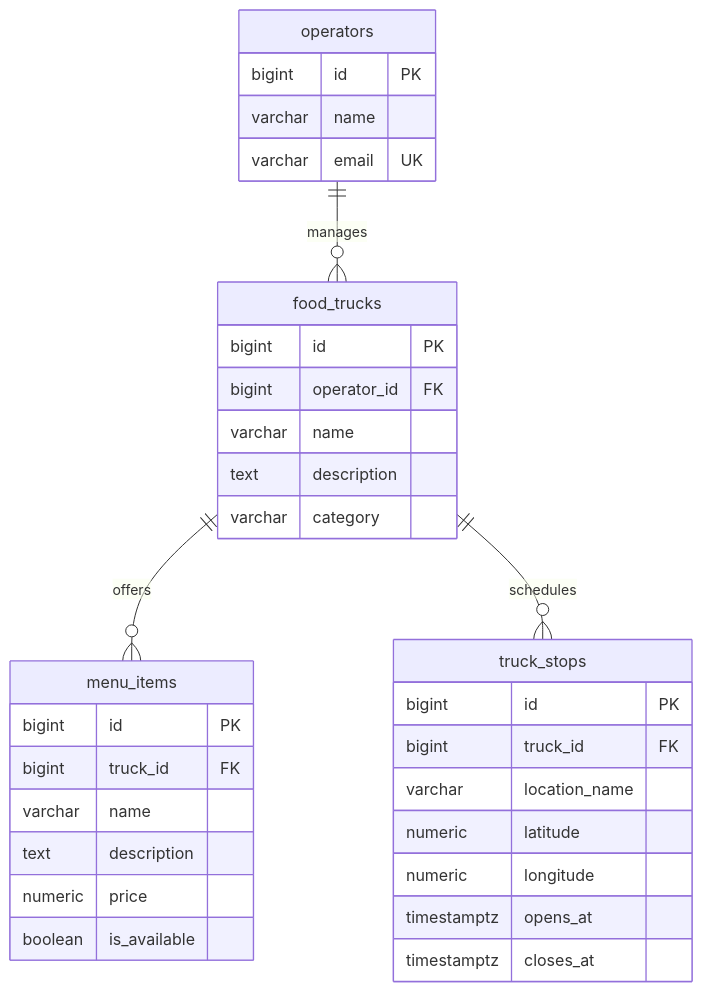
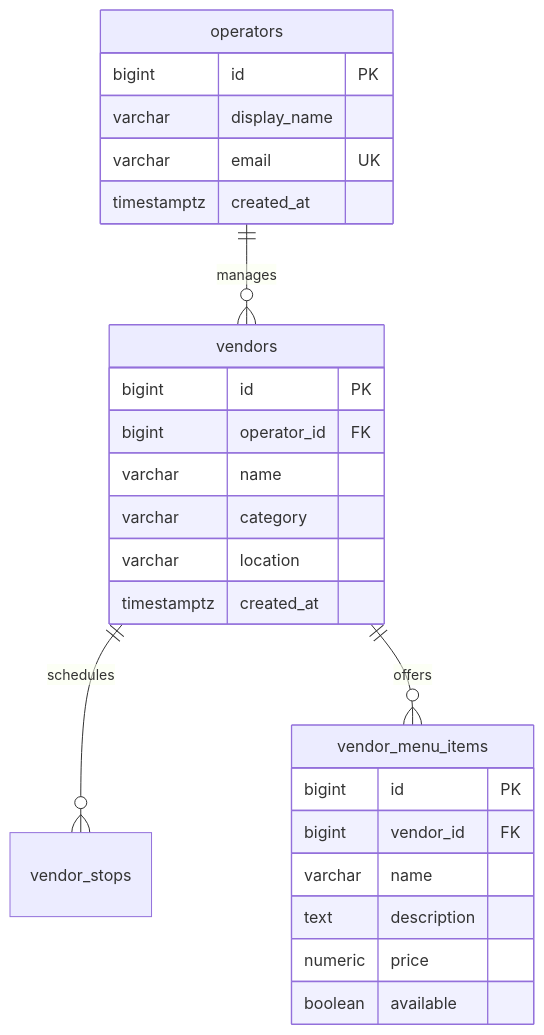
Before and after one commit to BiteMap-Project/BiteMap-FoodTruck: the second of 2 diagrams in docs/database/README.md, drawn with Mermaid. The commit also changed other lines of this file and 2 other files, not shown here.

Commit message:
SCRUM-24: Align schema design with current migrations

````diff
--- a/docs/database/README.md
+++ b/docs/database/README.md
@@ -13,35 +56,31 @@
 ```mermaid
 erDiagram
-    operators ||--o{ food_trucks : manages
-    food_trucks ||--o{ menu_items : offers
-    food_trucks ||--o{ truck_stops : schedules
+    operators ||--o{ vendors : manages
+    vendors ||--o{ vendor_stops : schedules
+    vendors ||--o{ vendor_menu_items : offers
+
     operators {
         bigint id PK
-        varchar name
+        varchar display_name
         varchar email UK
+        timestamptz created_at
     }
-    food_trucks {
+
+    vendors {
         bigint id PK
         bigint operator_id FK
         varchar name
-        text description
         varchar category
+        varchar location
+        timestamptz created_at
     }
-    menu_items {
+
+    vendor_menu_items {
         bigint id PK
-        bigint truck_id FK
+        bigint vendor_id FK
         varchar name
         text description
         numeric price
-        boolean is_available
-    }
-    truck_stops {
-        bigint id PK
-        bigint truck_id FK
-        varchar location_name
-        numeric latitude
-        numeric longitude
-        timestamptz opens_at
-        timestamptz closes_at
+        boolean available
     }
 ```
````
